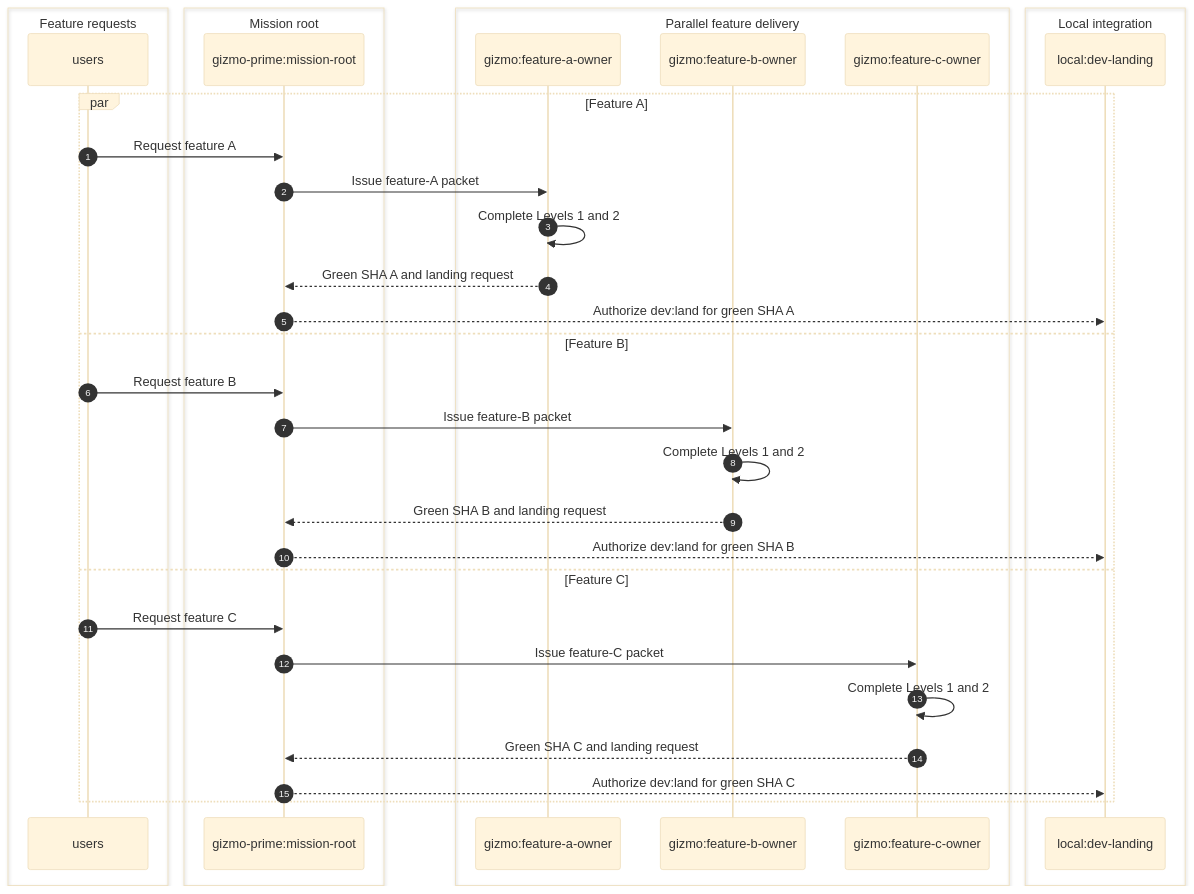
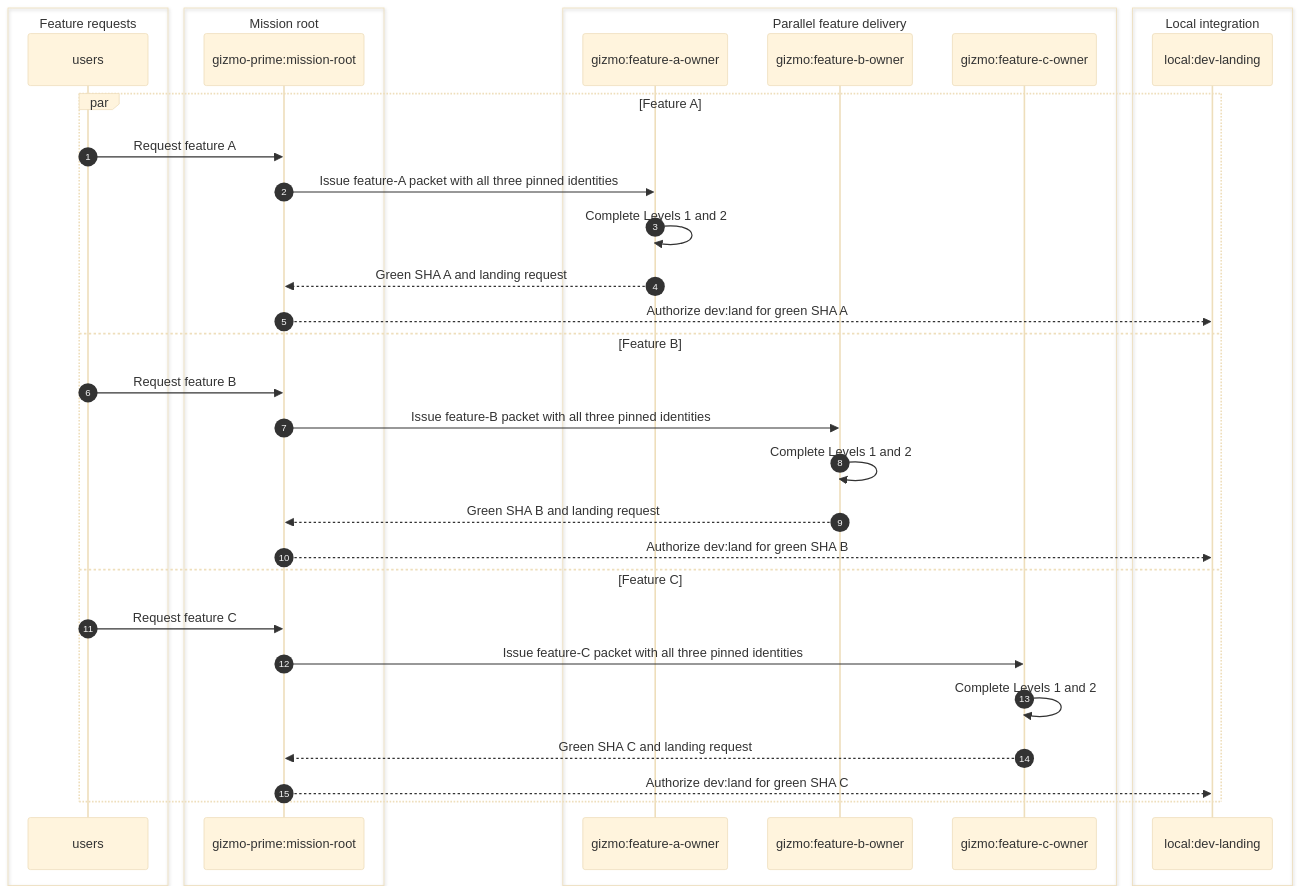
Before and after one commit to meta-secret/nook: the ninth of 13 diagrams in .cortex/gizmo-prime/architecture/multiagent-delivery-diagrams.md, drawn with Mermaid (base theme). The commit also changed other lines of this file and 21 other files, not shown here.

````diff
--- a/.cortex/gizmo-prime/architecture/multiagent-delivery-diagrams.md
+++ b/.cortex/gizmo-prime/architecture/multiagent-delivery-diagrams.md
@@ -380,42 +401,42 @@
 ```mermaid
 sequenceDiagram
     autonumber
 
     box Feature requests
         participant Users as users
     end
 
     box Mission root
         participant Prime as gizmo-prime:mission-root
     end
 
     box Parallel feature delivery
         participant A as gizmo:feature-a-owner
         participant B as gizmo:feature-b-owner
         participant C as gizmo:feature-c-owner
     end
 
     box Local integration
         participant Landing as local:dev-landing
     end
 
     par Feature A
         Users->>Prime: Request feature A
-        Prime->>A: Issue feature-A packet
+        Prime->>A: Issue feature-A packet with all three pinned identities
         A->>A: Complete Levels 1 and 2
         A-->>Prime: Green SHA A and landing request
         Prime-->>Landing: Authorize dev:land for green SHA A
     and Feature B
         Users->>Prime: Request feature B
-        Prime->>B: Issue feature-B packet
+        Prime->>B: Issue feature-B packet with all three pinned identities
         B->>B: Complete Levels 1 and 2
         B-->>Prime: Green SHA B and landing request
         Prime-->>Landing: Authorize dev:land for green SHA B
     and Feature C
         Users->>Prime: Request feature C
-        Prime->>C: Issue feature-C packet
+        Prime->>C: Issue feature-C packet with all three pinned identities
         C->>C: Complete Levels 1 and 2
         C-->>Prime: Green SHA C and landing request
         Prime-->>Landing: Authorize dev:land for green SHA C
     end
 ```
````
